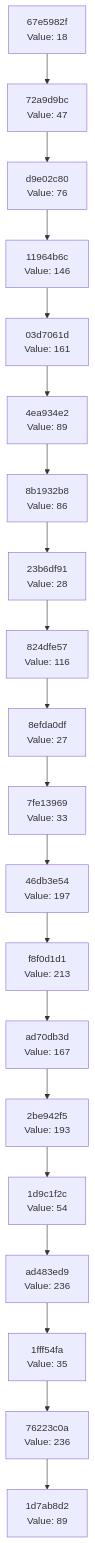
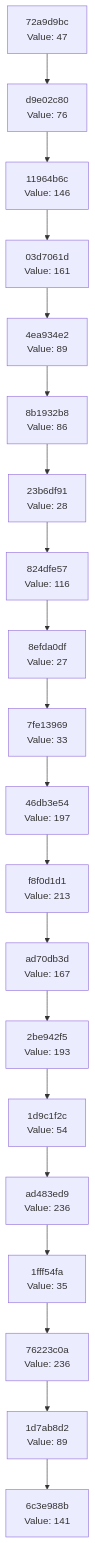
One commit to Abhisheksinha1506/hash-chain-evolver changed the diagram in docs/CHAIN_VISUALIZATION.md. Above: the diagram before and after it, drawn with Mermaid. The commit also changed 2 other files, not shown here.

Commit message:
Evolution Step

````diff
--- a/docs/CHAIN_VISUALIZATION.md
+++ b/docs/CHAIN_VISUALIZATION.md
@@ -3,42 +3,42 @@
 ```mermaid
 graph TD
-    C0["1d7ab8d2<br/>Value: 89"]
-    C1["76223c0a<br/>Value: 236"]
+    C0["6c3e988b<br/>Value: 141"]
+    C1["1d7ab8d2<br/>Value: 89"]
     C1 --> C0
-    C2["1fff54fa<br/>Value: 35"]
+    C2["76223c0a<br/>Value: 236"]
     C2 --> C1
-    C3["ad483ed9<br/>Value: 236"]
+    C3["1fff54fa<br/>Value: 35"]
     C3 --> C2
-    C4["1d9c1f2c<br/>Value: 54"]
+    C4["ad483ed9<br/>Value: 236"]
     C4 --> C3
-    C5["2be942f5<br/>Value: 193"]
+    C5["1d9c1f2c<br/>Value: 54"]
     C5 --> C4
-    C6["ad70db3d<br/>Value: 167"]
+    C6["2be942f5<br/>Value: 193"]
     C6 --> C5
-    C7["f8f0d1d1<br/>Value: 213"]
+    C7["ad70db3d<br/>Value: 167"]
     C7 --> C6
-    C8["46db3e54<br/>Value: 197"]
+    C8["f8f0d1d1<br/>Value: 213"]
     C8 --> C7
-    C9["7fe13969<br/>Value: 33"]
+    C9["46db3e54<br/>Value: 197"]
     C9 --> C8
-    C10["8efda0df<br/>Value: 27"]
+    C10["7fe13969<br/>Value: 33"]
     C10 --> C9
-    C11["824dfe57<br/>Value: 116"]
+    C11["8efda0df<br/>Value: 27"]
     C11 --> C10
-    C12["23b6df91<br/>Value: 28"]
+    C12["824dfe57<br/>Value: 116"]
     C12 --> C11
-    C13["8b1932b8<br/>Value: 86"]
+    C13["23b6df91<br/>Value: 28"]
     C13 --> C12
-    C14["4ea934e2<br/>Value: 89"]
+    C14["8b1932b8<br/>Value: 86"]
     C14 --> C13
-    C15["03d7061d<br/>Value: 161"]
+    C15["4ea934e2<br/>Value: 89"]
     C15 --> C14
-    C16["11964b6c<br/>Value: 146"]
+    C16["03d7061d<br/>Value: 161"]
     C16 --> C15
-    C17["d9e02c80<br/>Value: 76"]
+    C17["11964b6c<br/>Value: 146"]
     C17 --> C16
-    C18["72a9d9bc<br/>Value: 47"]
+    C18["d9e02c80<br/>Value: 76"]
     C18 --> C17
-    C19["67e5982f<br/>Value: 18"]
+    C19["72a9d9bc<br/>Value: 47"]
     C19 --> C18
 ```
````
